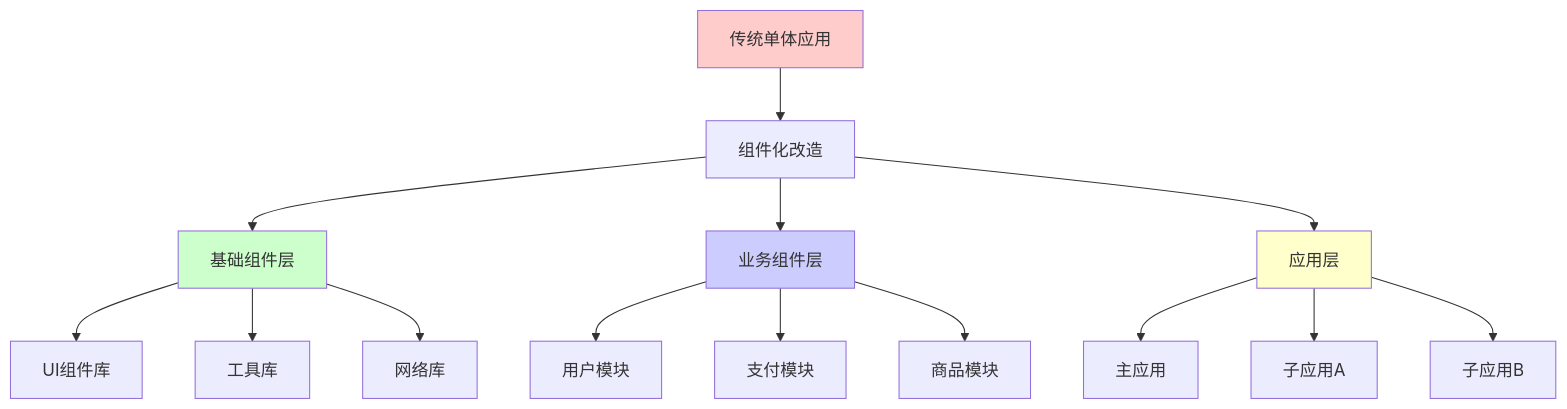
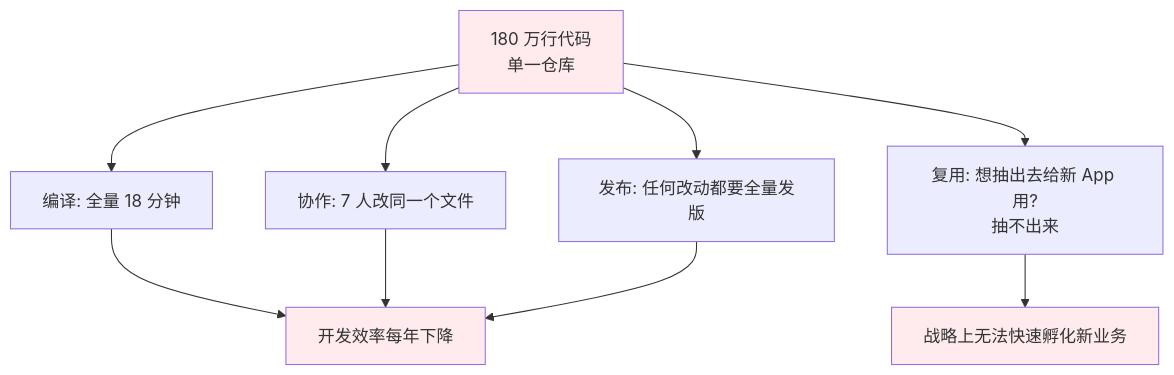
The first of 15 diagrams in 00.通用技术的提升/07.方案设计思想/卷一-架构与组件/02.组件化方案的设计.md (chongyang211/YCBookBlog), drawn with Mermaid before and after one commit. The commit also changed other lines of this file and 5 other files, not shown here.

````diff
--- a/00.通用技术的提升/07.方案设计思想/卷一-架构与组件/02.组件化方案的设计.md
+++ b/00.通用技术的提升/07.方案设计思想/卷一-架构与组件/02.组件化方案的设计.md
@@ -114,24 +65,16 @@
 ```mermaid
-graph TB
-    A[传统单体应用] --> B[组件化改造]
-    B --> C[基础组件层]
-    B --> D[业务组件层]
-    B --> E[应用层]
+flowchart TD
+    A[180 万行代码<br/>单一仓库] --> B[编译: 全量 18 分钟]
+    A --> C[协作: 7 人改同一个文件]
+    A --> D[发布: 任何改动都要全量发版]
+    A --> E[复用: 想抽出去给新 App 用?<br/>抽不出来]
     
-    C --> C1[UI组件库]
-    C --> C2[工具库]
-    C --> C3[网络库]
+    B --> F[开发效率每年下降]
+    C --> F
+    D --> F
+    E --> G[战略上无法快速孵化新业务]
     
-    D --> D1[用户模块]
-    D --> D2[支付模块]
-    D --> D3[商品模块]
-    
-    E --> E1[主应用]
-    E --> E2[子应用A]
-    E --> E3[子应用B]
-    
-    style A fill:#ffcccc
-    style C fill:#ccffcc
-    style D fill:#ccccff
-    style E fill:#ffffcc
+    style A fill:#ffebee
+    style F fill:#ffebee
+    style G fill:#ffebee
 ```
````
